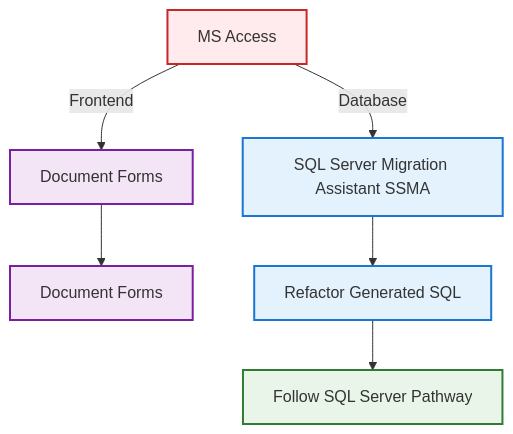
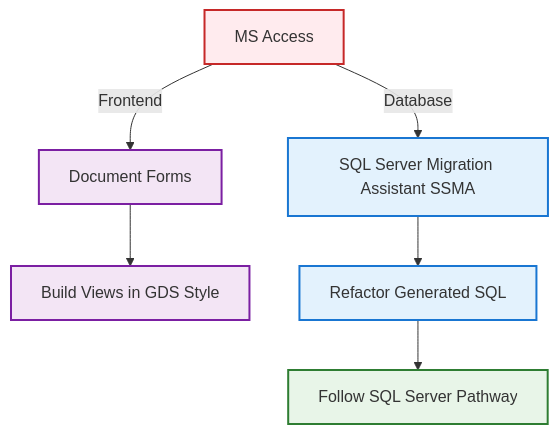
One commit to DEFRA/defra-ai-legacy-modernisation changed the diagram in playbook/pages/pathways/ms-access/README.md. Above: the diagram before and after it, drawn with Mermaid. The commit also changed 6 other files, not shown here.

```diff
--- a/playbook/pages/pathways/ms-access/README.md
+++ b/playbook/pages/pathways/ms-access/README.md
@@ -12,18 +12,18 @@
 <pre class="mermaid">
 graph TD
     A[MS Access] -->|Frontend| B[Document Forms]
-    B --> C[Document Forms]
+    B --> C[Build Views in GDS Style]
     A -->|Database| D[SQL Server Migration Assistant SSMA]
     D --> E[Refactor Generated SQL]
     E --> F[Follow SQL Server Pathway]
 
     classDef legacy fill:#ffebee,stroke:#c62828,stroke-width:2px
     classDef frontend fill:#f3e5f5,stroke:#7b1fa2,stroke-width:2px
     classDef migration fill:#e3f2fd,stroke:#1976d2,stroke-width:2px
     classDef pathway fill:#e8f5e8,stroke:#2e7d32,stroke-width:2px
 
     class A legacy
     class B,C frontend
     class D,E migration
     class F pathway
 </pre>
```
